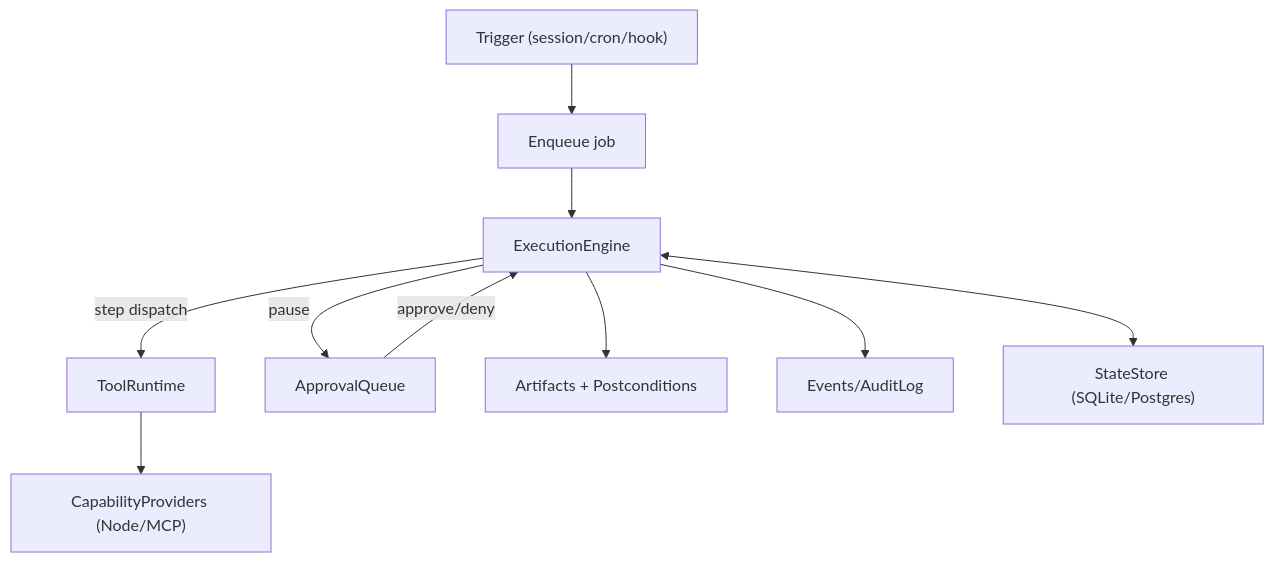
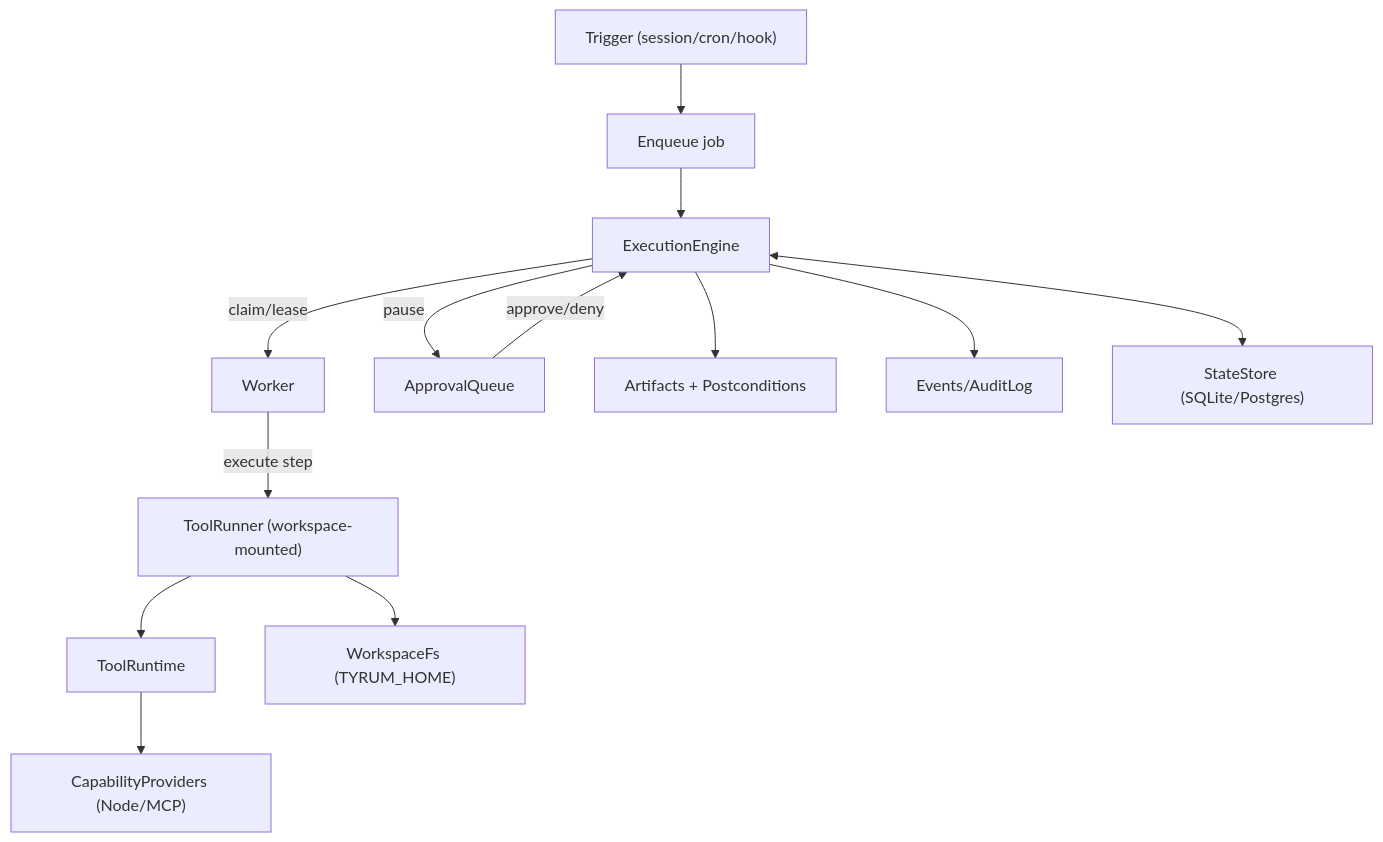
Before and after one commit to tyrumai/tyrum: the diagram in docs/architecture/execution-engine.md, drawn with Mermaid. The commit also changed other lines of this file and 82 other files, not shown here.

````diff
--- a/docs/architecture/execution-engine.md
+++ b/docs/architecture/execution-engine.md
@@ -77,15 +91,18 @@
 ```mermaid
 flowchart TB
   Trigger["Trigger (session/cron/hook)"] --> Enqueue["Enqueue job"]
   Enqueue --> Engine["ExecutionEngine"]
 
-  Engine -->|step dispatch| Tools["ToolRuntime"]
+  Engine -->|claim/lease| Worker["Worker"]
+  Worker -->|execute step| ToolRunner["ToolRunner (workspace-mounted)"]
+  ToolRunner --> Tools["ToolRuntime"]
   Tools --> Providers["CapabilityProviders (Node/MCP)"]
 
   Engine -->|pause| Approvals["ApprovalQueue"]
   Approvals -->|approve/deny| Engine
 
   Engine --> Evidence["Artifacts + Postconditions"]
   Engine --> Events["Events/AuditLog"]
   Engine <--> DB["StateStore (SQLite/Postgres)"]
+  ToolRunner --> WorkspaceFs["WorkspaceFs (TYRUM_HOME)"]
 ```
````
